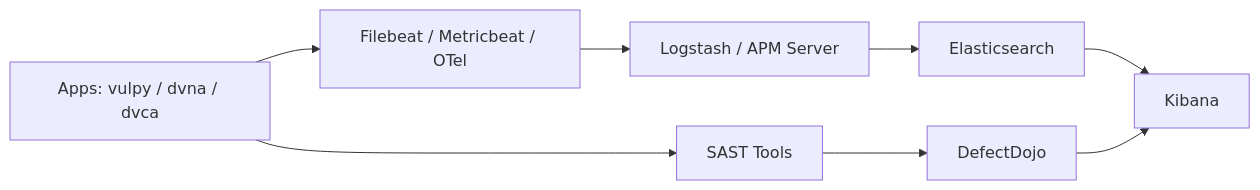
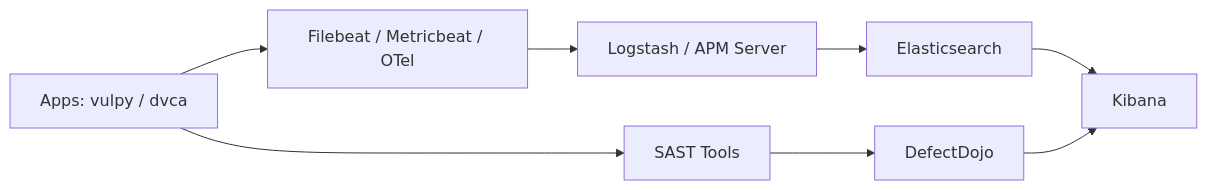
Before and after one commit to ElinaNotElina/SSD_project: the first of 3 diagrams in README.md, drawn with Mermaid. The commit also changed other lines of this file, not shown here.

````diff
--- a/README.md
+++ b/README.md
@@ -39,10 +39,10 @@
 ```mermaid
 flowchart LR
-    A[Apps: vulpy / dvna / dvca] --> B[SAST Tools]
+    A[Apps: vulpy / dvca] --> B[SAST Tools]
     B --> C[DefectDojo]
     A --> D[Filebeat / Metricbeat / OTel]
     D --> E[Logstash / APM Server]
     E --> F[Elasticsearch]
     F --> G[Kibana]
     C --> G
 ```
````
